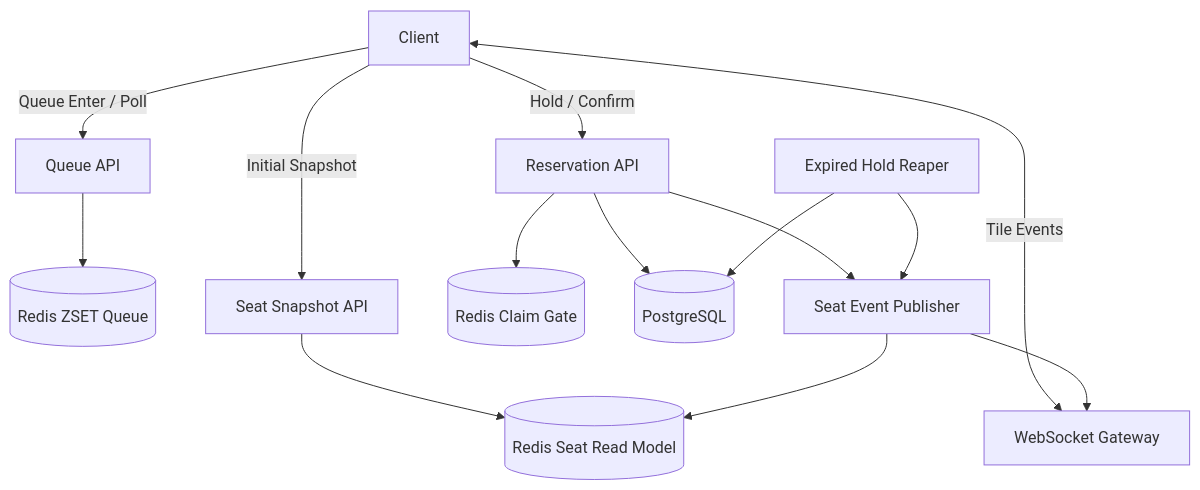
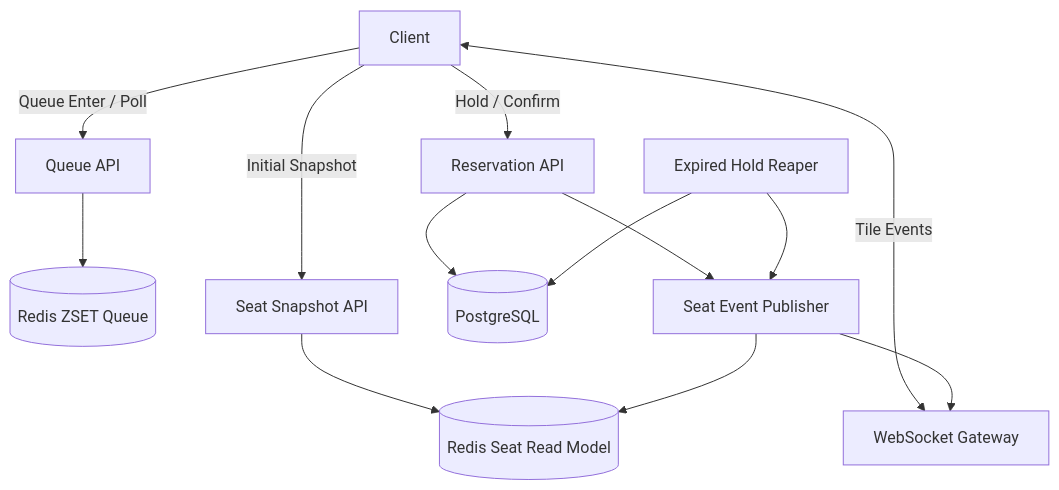
The diagram in README.md (eooog/rush-seat), drawn with Mermaid before and after one commit. The commit also changed other lines of this file, not shown here.

````diff
--- a/README.md
+++ b/README.md
@@ -138,23 +189,22 @@
 ```mermaid
 flowchart TD
     Client[Client]
 
     Client -->|Queue Enter / Poll| QueueAPI[Queue API]
     QueueAPI --> RedisQueue[(Redis ZSET Queue)]
 
     Client -->|Initial Snapshot| SeatAPI[Seat Snapshot API]
     SeatAPI --> RedisRead[(Redis Seat Read Model)]
 
     Client <-->|Tile Events| WSGateway[WebSocket Gateway]
 
     Client -->|Hold / Confirm| ReservationAPI[Reservation API]
-    ReservationAPI --> RedisClaim[(Redis Claim Gate)]
     ReservationAPI --> Postgres[(PostgreSQL)]
 
     ReservationAPI --> EventPublisher[Seat Event Publisher]
     EventPublisher --> RedisRead
     EventPublisher --> WSGateway
 
     Reaper[Expired Hold Reaper] --> Postgres
     Reaper --> EventPublisher
 ```
````
